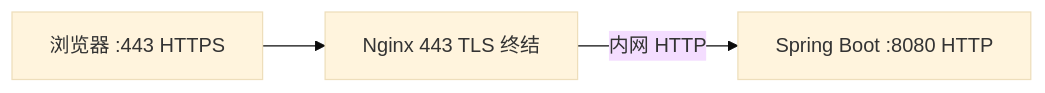
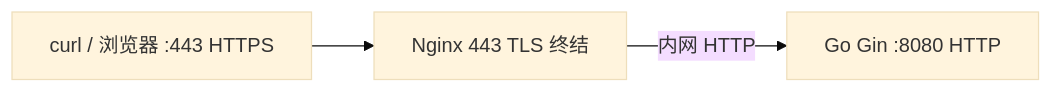
Before and after one commit to moqix26/study: the seventh of 9 diagrams in 前端学习/计算机网络/05-HTTPS与TLS加密.md, drawn with Mermaid (base theme). The commit also changed other lines of this file and 10 other files, not shown here.

````diff
--- a/前端学习/计算机网络/05-HTTPS与TLS加密.md
+++ b/前端学习/计算机网络/05-HTTPS与TLS加密.md
@@ -353,8 +415,8 @@
 ```mermaid
 flowchart LR
-    Browser[浏览器 :443 HTTPS]
-    Nginx[Nginx 443 TLS 终结]
-    Java[Spring Boot :8080 HTTP]
-    Browser --> Nginx
-    Nginx -->|内网 HTTP| Java
+    Client["curl / 浏览器 :443 HTTPS"]
+    Nginx["Nginx 443 TLS 终结"]
+    Go["Go Gin :8080 HTTP"]
+    Client --> Nginx
+    Nginx -->|"内网 HTTP"| Go
 ```
````
